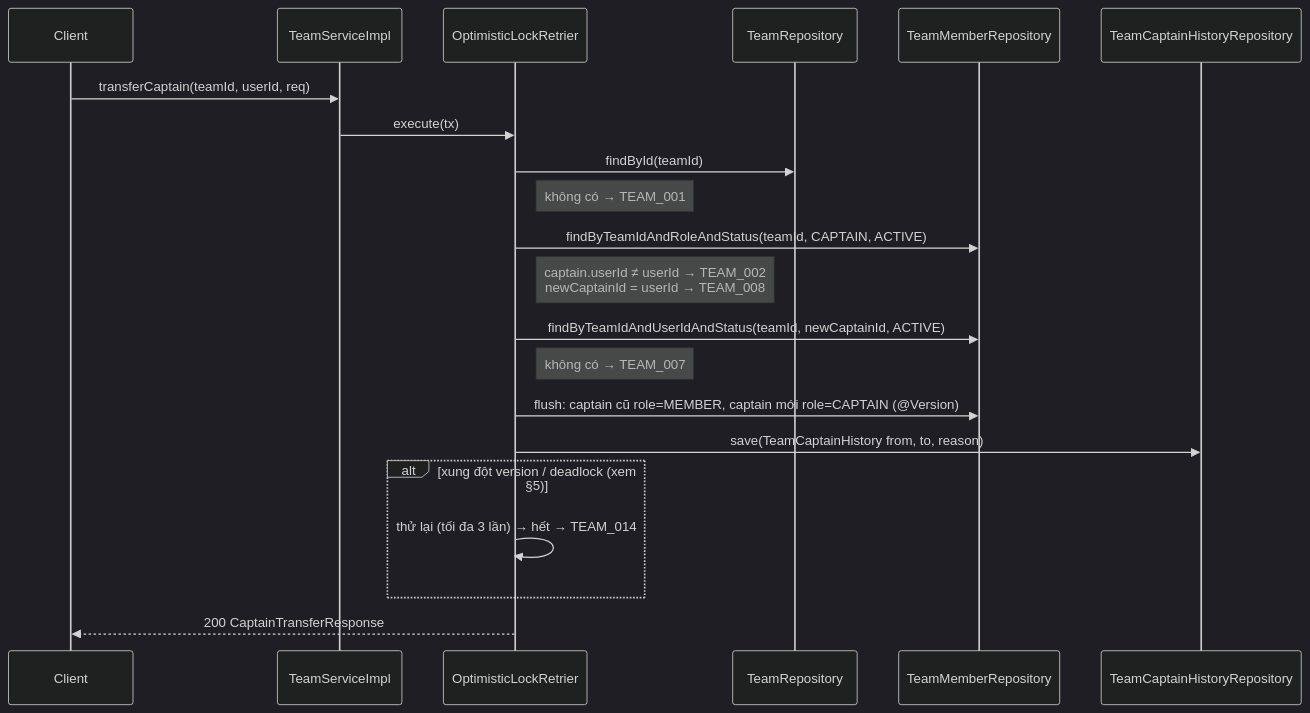
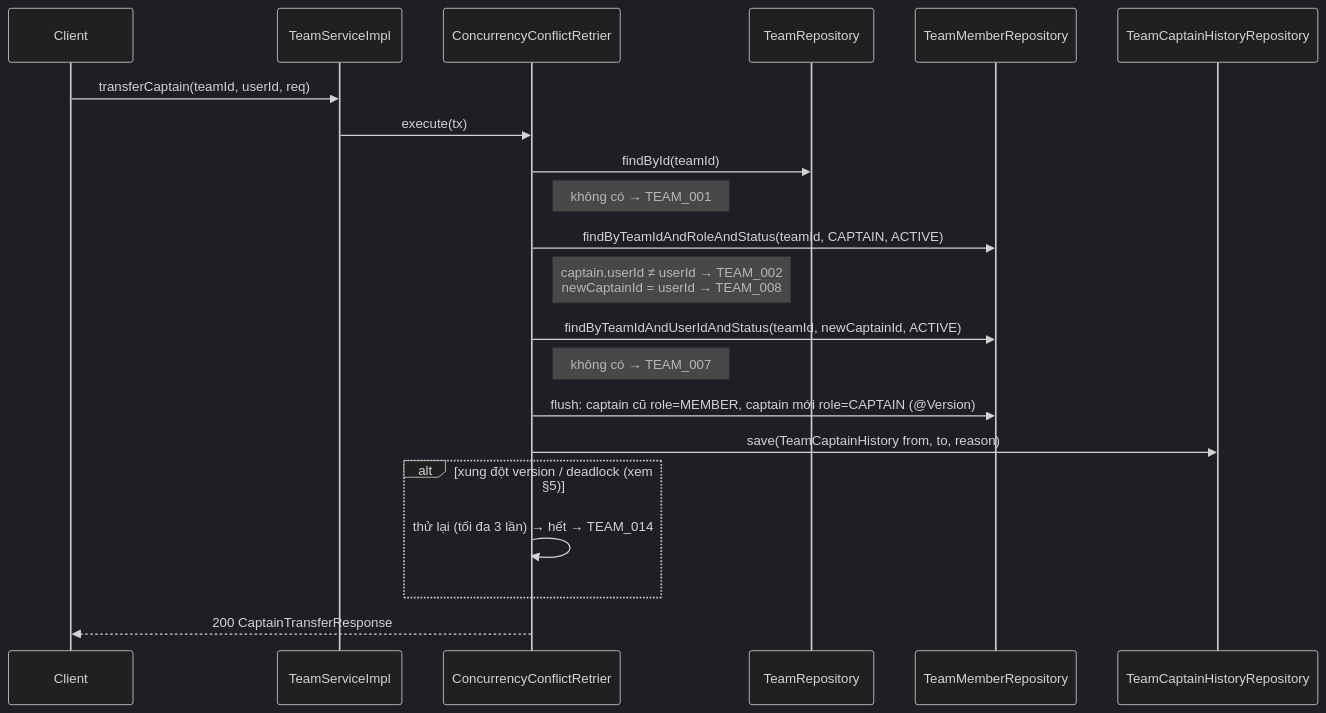
Before and after one commit to phananh2005/ArenaFlow-be: the third of 3 diagrams in docs/agent/design/USER-001/Processing_Flow.md, drawn with Mermaid (dark theme). The commit also changed other lines of this file and 20 other files, not shown here.

First line of the commit message:
refactor: rename OptimisticLockRetrier to ConcurrencyConflictRetrier (#40)

````diff
--- a/docs/agent/design/USER-001/Processing_Flow.md
+++ b/docs/agent/design/USER-001/Processing_Flow.md
@@ -92,24 +92,24 @@
 ```mermaid
 sequenceDiagram
     participant C as Client
     participant TS as TeamServiceImpl
-    participant RT as OptimisticLockRetrier
+    participant RT as ConcurrencyConflictRetrier
     participant TR as TeamRepository
     participant TMR as TeamMemberRepository
     participant HR as TeamCaptainHistoryRepository
 
     C->>TS: transferCaptain(teamId, userId, req)
     TS->>RT: execute(tx)
     RT->>TR: findById(teamId)
     Note right of RT: không có → TEAM_001
     RT->>TMR: findByTeamIdAndRoleAndStatus(teamId, CAPTAIN, ACTIVE)
     Note right of RT: captain.userId ≠ userId → TEAM_002<br/>newCaptainId = userId → TEAM_008
     RT->>TMR: findByTeamIdAndUserIdAndStatus(teamId, newCaptainId, ACTIVE)
     Note right of RT: không có → TEAM_007
     RT->>TMR: flush: captain cũ role=MEMBER, captain mới role=CAPTAIN (@Version)
     RT->>HR: save(TeamCaptainHistory from, to, reason)
     alt xung đột version / deadlock (xem §5)
         RT->>RT: thử lại (tối đa 3 lần) → hết → TEAM_014
     end
     RT-->>C: 200 CaptainTransferResponse
 ```
````
